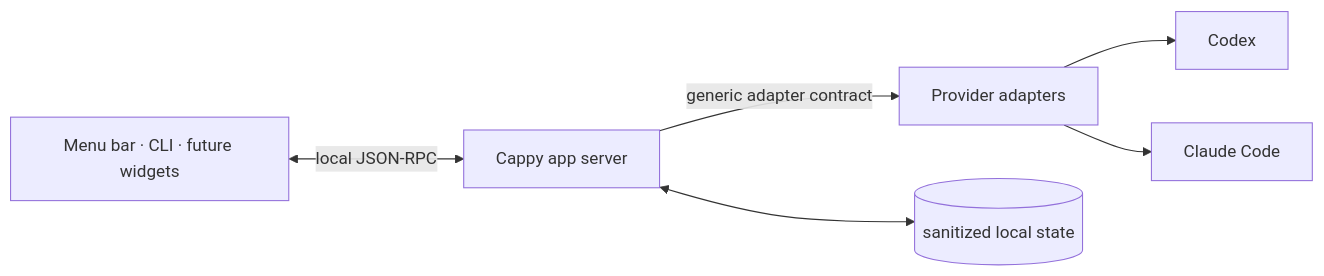
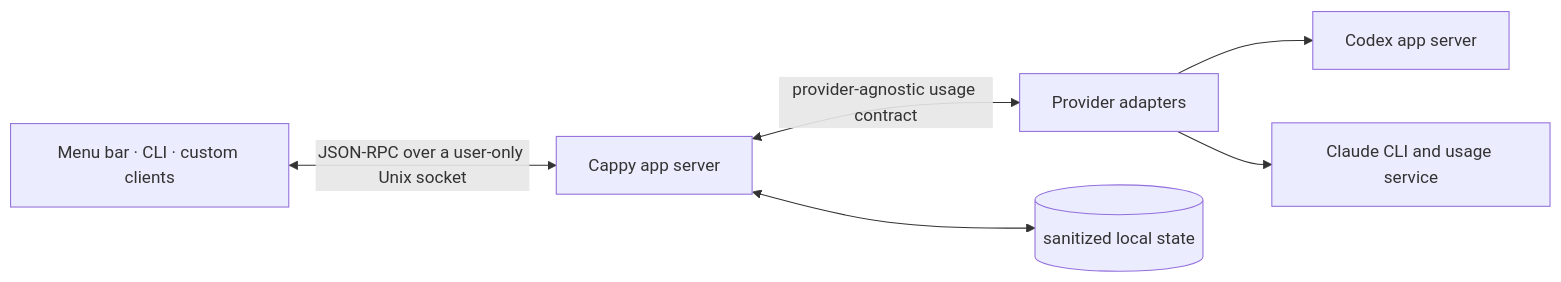
One commit to joetam/cappy changed the diagram in README.md. Above: the diagram before and after it, drawn with Mermaid. The commit also changed other lines of this file and 25 other files, not shown here.

````diff
--- a/README.md
+++ b/README.md
@@ -26,8 +15,8 @@
 ```mermaid
 flowchart LR
-    UI["Menu bar · CLI · future widgets"] <-->|"local JSON-RPC"| SERVER["Cappy app server"]
-    SERVER -->|"generic adapter contract"| ADAPTERS["Provider adapters"]
-    ADAPTERS --> CODEX["Codex"]
-    ADAPTERS --> CLAUDE["Claude Code"]
+    UI["Menu bar · CLI · custom clients"] <-->|"JSON-RPC over a user-only Unix socket"| SERVER["Cappy app server"]
+    SERVER <-->|"provider-agnostic usage contract"| ADAPTERS["Provider adapters"]
+    ADAPTERS --> CODEX["Codex app server"]
+    ADAPTERS --> CLAUDE["Claude CLI and usage service"]
     SERVER <--> STATE[("sanitized local state")]
 ```
````
